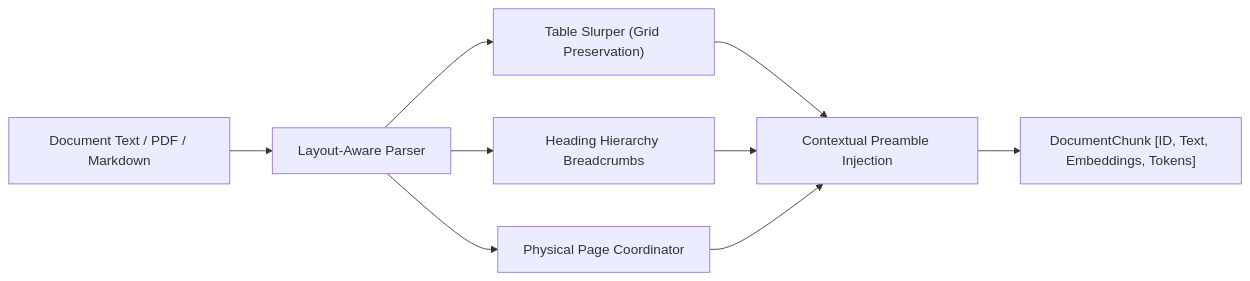
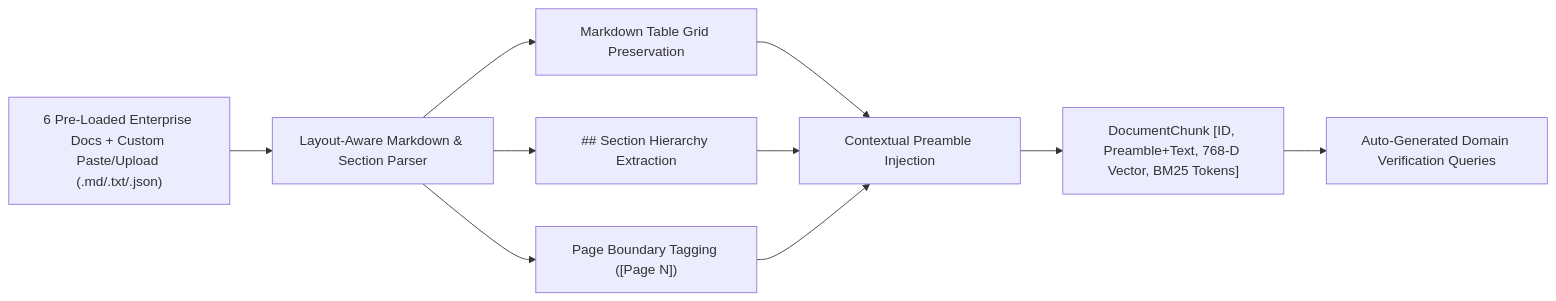
One commit to keshav647/enterprise-hybrid-rag changed the first of 2 diagrams in docs/ARCHITECTURE.md. Above: the diagram before and after it, drawn with Mermaid. The commit also changed other lines of this file and 28 other files, not shown here.

Commit message:
feat(core): multi-provider LLM gateway, custom document ingestion & deletion, and 7-page ThreeUI spatial architecture

````diff
--- a/docs/ARCHITECTURE.md
+++ b/docs/ARCHITECTURE.md
@@ -21,11 +21,12 @@
 ```mermaid
 flowchart LR
-    INPUT["Document Text / PDF / Markdown"] --> PARSER["Layout-Aware Parser"]
-    PARSER --> TABLES["Table Slurper (Grid Preservation)"]
-    PARSER --> HEADINGS["Heading Hierarchy Breadcrumbs"]
-    PARSER --> PAGES["Physical Page Coordinator"]
+    INPUT["6 Pre-Loaded Enterprise Docs + Custom Paste/Upload (.md/.txt/.json)"] --> PARSER["Layout-Aware Markdown & Section Parser"]
+    PARSER --> TABLES["Markdown Table Grid Preservation"]
+    PARSER --> HEADINGS["## Section Hierarchy Extraction"]
+    PARSER --> PAGES["Page Boundary Tagging ([Page N])"]
     TABLES --> CONTEXTUAL["Contextual Preamble Injection"]
     HEADINGS --> CONTEXTUAL
     PAGES --> CONTEXTUAL
-    CONTEXTUAL --> CHUNKS["DocumentChunk [ID, Text, Embeddings, Tokens]"]
+    CONTEXTUAL --> CHUNKS["DocumentChunk [ID, Preamble+Text, 768-D Vector, BM25 Tokens]"]
+    CHUNKS --> QUERIES["Auto-Generated Domain Verification Queries"]
 ```
````
